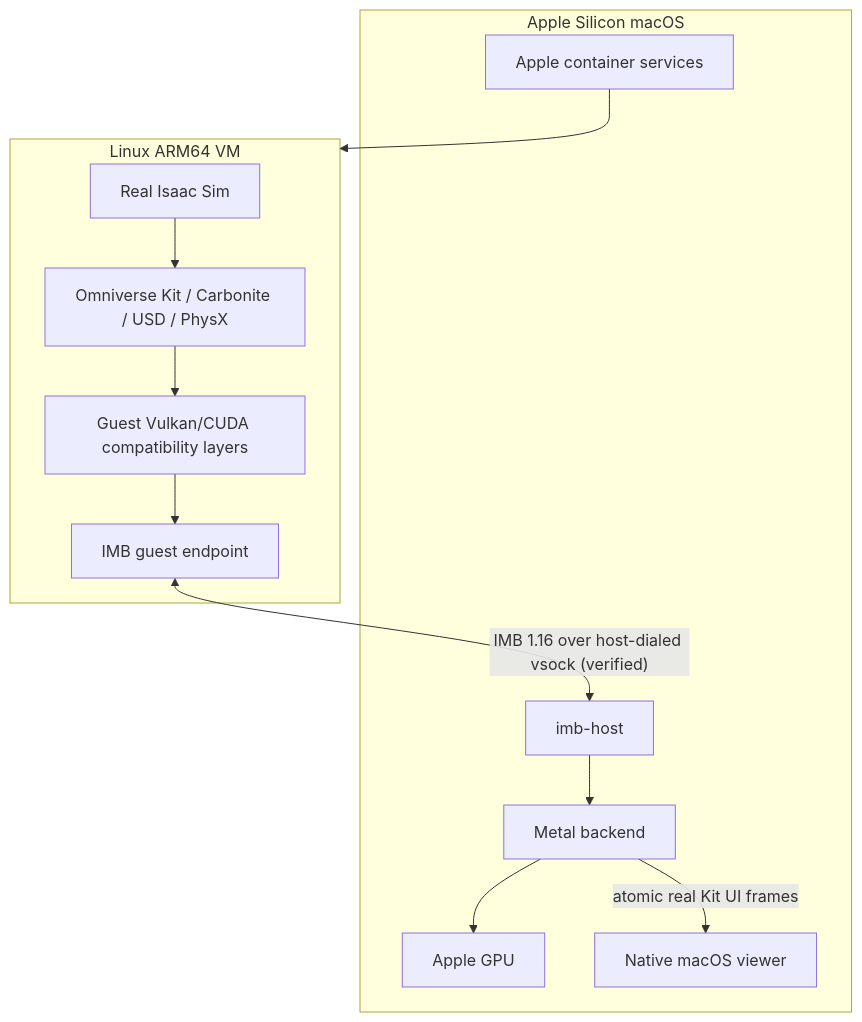
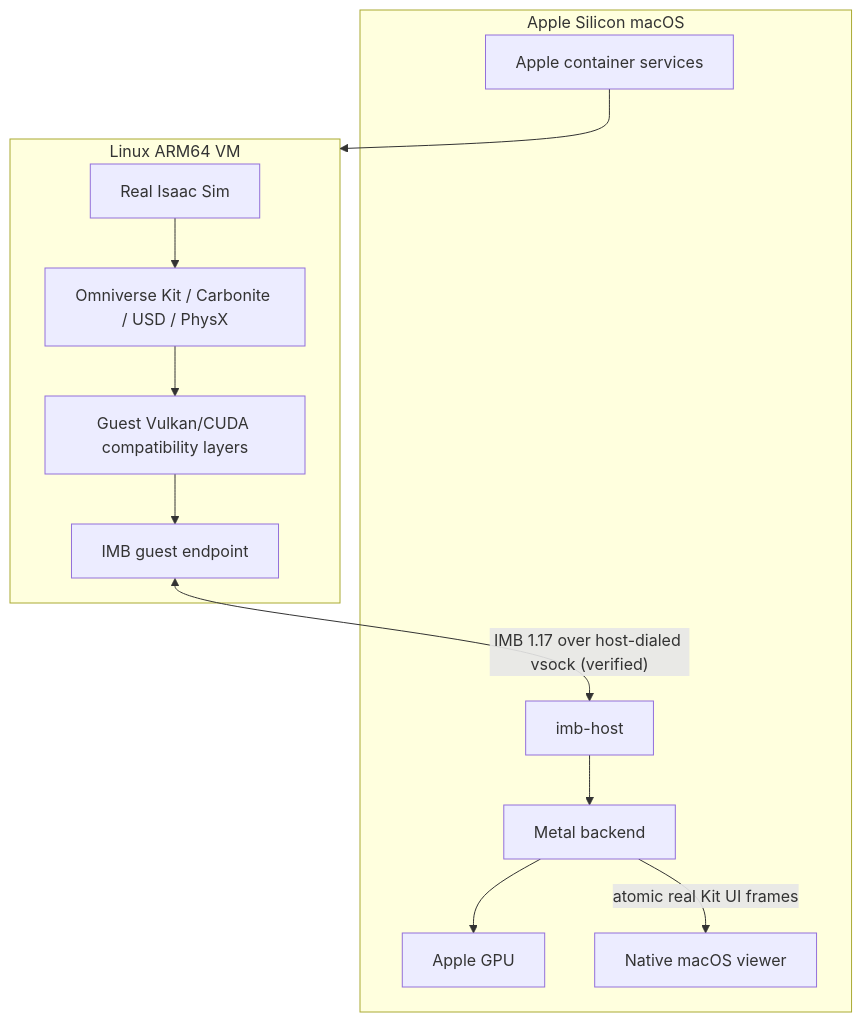
Before and after one commit to syun88/IsaacMetalBridge: the first of 8 diagrams in docs/architecture.md, drawn with Mermaid. The commit also changed other lines of this file and 18 other files, not shown here.

````diff
--- a/docs/architecture.md
+++ b/docs/architecture.md
@@ -10,21 +10,21 @@
 ```mermaid
 flowchart TB
   subgraph macOS["Apple Silicon macOS"]
     AC["Apple container services"]
     HB["imb-host"]
     MB["Metal backend"]
     GPU["Apple GPU"]
     VW["Native macOS viewer"]
   end
   subgraph VM["Linux ARM64 VM"]
     IS["Real Isaac Sim"]
     KIT["Omniverse Kit / Carbonite / USD / PhysX"]
     GC["Guest Vulkan/CUDA compatibility layers"]
     GP["IMB guest endpoint"]
   end
   IS --> KIT --> GC --> GP
   AC --> VM
-  GP <-->|"IMB 1.16 over host-dialed vsock (verified)"| HB
+  GP <-->|"IMB 1.17 over host-dialed vsock (verified)"| HB
   HB --> MB --> GPU
   MB -->|"atomic real Kit UI frames"| VW
 ```
````
